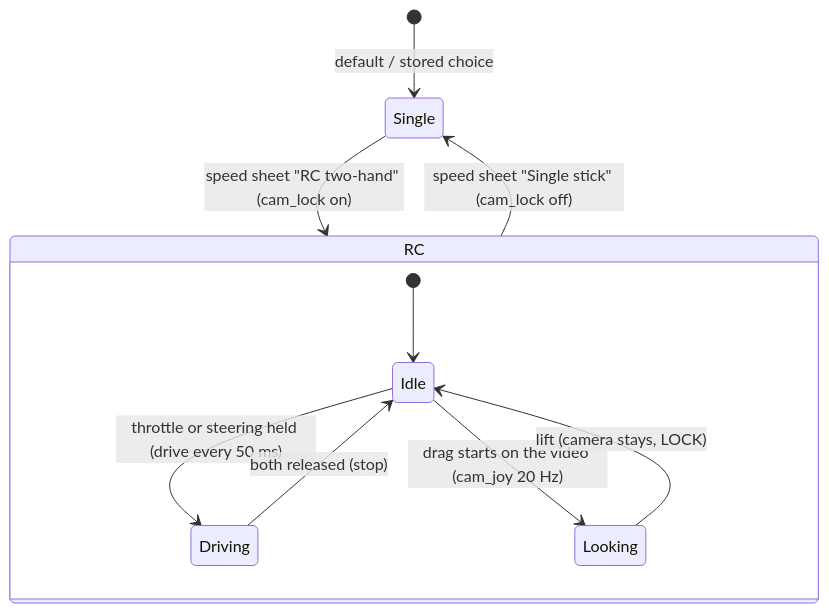
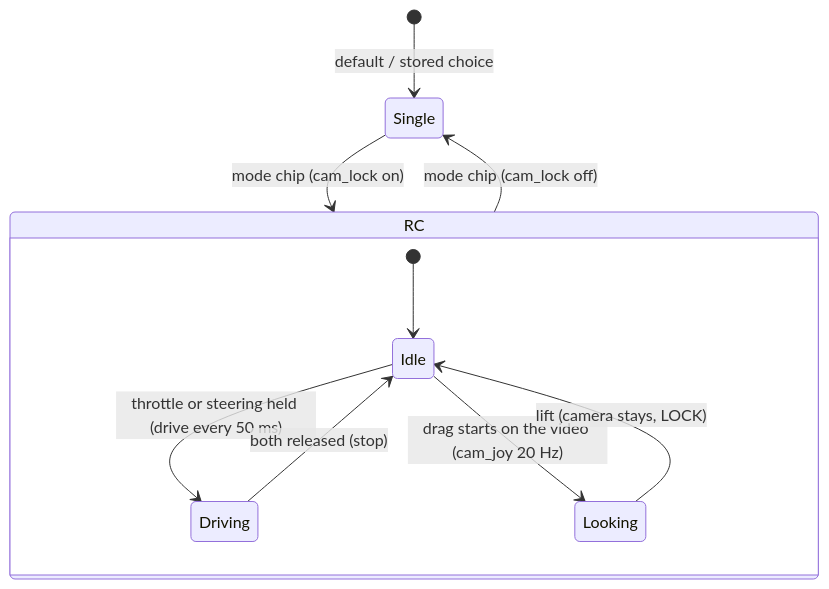
Diagram 16 of 19 in docs/lld/esp32-bridge-lld.md (mannuray/conqueror), drawn with Mermaid before and after one commit. The commit also changed other lines of this file and 6 other files, not shown here.

````diff
--- a/docs/lld/esp32-bridge-lld.md
+++ b/docs/lld/esp32-bridge-lld.md
@@ -695,13 +695,13 @@
 ```mermaid
 stateDiagram-v2
   [*] --> Single: default / stored choice
-  Single --> RC: speed sheet "RC two-hand" (cam_lock on)
-  RC --> Single: speed sheet "Single stick" (cam_lock off)
+  Single --> RC: mode chip (cam_lock on)
+  RC --> Single: mode chip (cam_lock off)
   state RC {
     [*] --> Idle
     Idle --> Driving: throttle or steering held (drive every 50 ms)
     Driving --> Idle: both released (stop)
     Idle --> Looking: drag starts on the video (cam_joy 20 Hz)
     Looking --> Idle: lift (camera stays, LOCK)
   }
 ```
````
